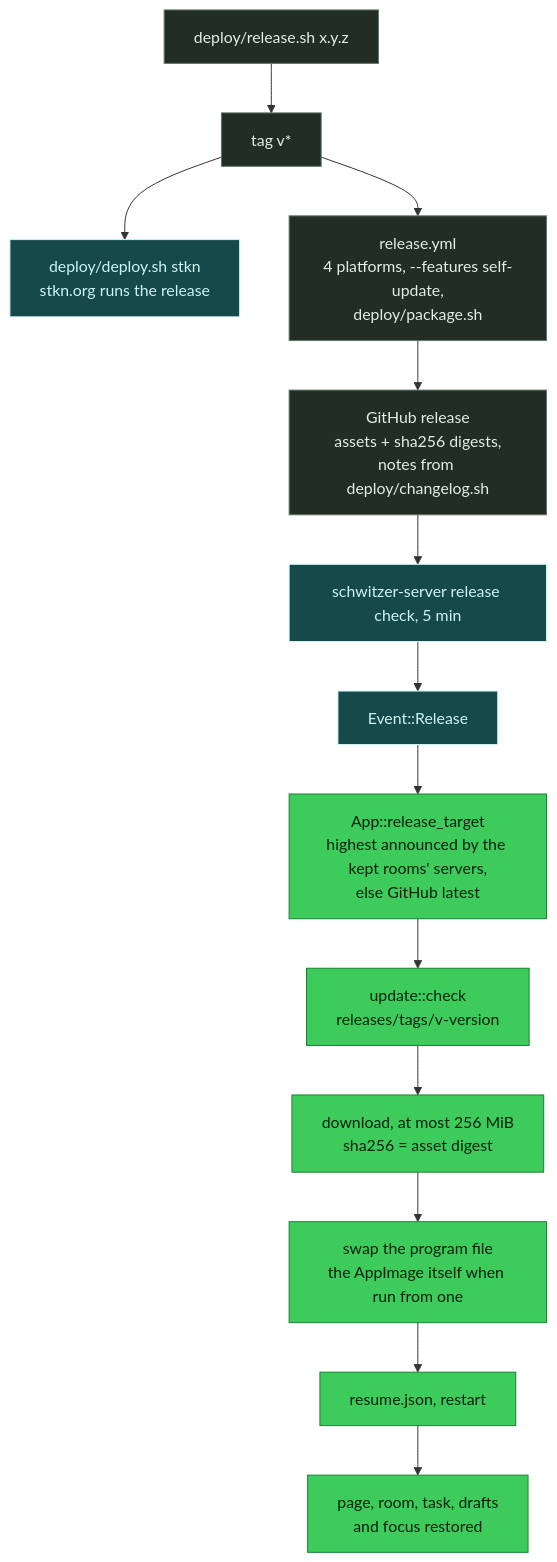
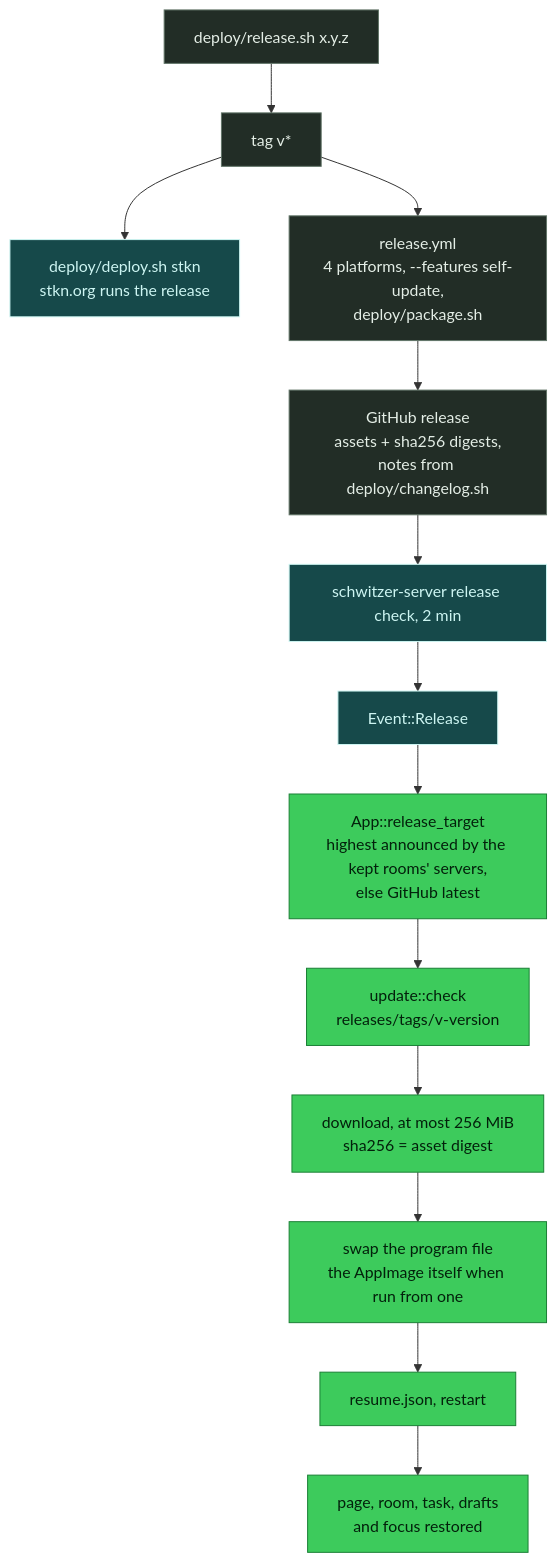
The eighth of 8 diagrams in docs/ARCHITECTURE.md (griasdi/schwitzer), drawn with Mermaid before and after one commit. The commit also changed other lines of this file and 5 other files, not shown here.

First line of the commit message:
Check GitHub for new releases every 2 minutes on the server

````diff
--- a/docs/ARCHITECTURE.md
+++ b/docs/ARCHITECTURE.md
@@ -493,18 +493,18 @@
 ```mermaid
 flowchart TB
   classDef app fill:#3dcb5c,stroke:#1a7f35,color:#03200b
   classDef server fill:#16494a,stroke:#cdf5f2,color:#cdf5f2
   classDef ext fill:#222d26,stroke:#627568,color:#e4eee6
   rel["deploy/release.sh x.y.z"]:::ext --> tag["tag v*"]:::ext
   tag --> stkn["deploy/deploy.sh stkn<br/>stkn.org runs the release"]:::server
   tag --> yml["release.yml<br/>4 platforms, --features self-update,<br/>deploy/package.sh"]:::ext
   yml --> gh["GitHub release<br/>assets + sha256 digests,<br/>notes from deploy/changelog.sh"]:::ext
-  gh --> check["schwitzer-server release check, 5 min"]:::server
+  gh --> check["schwitzer-server release check, 2 min"]:::server
   check --> ev["Event::Release"]:::server
   ev --> target["App::release_target<br/>highest announced by the kept rooms' servers,<br/>else GitHub latest"]:::app
   target --> upd["update::check<br/>releases/tags/v-version"]:::app
   upd --> dl["download, at most 256 MiB<br/>sha256 = asset digest"]:::app
   dl --> swap["swap the program file<br/>the AppImage itself when run from one"]:::app
   swap --> resume["resume.json, restart"]:::app
   resume --> back["page, room, task, drafts<br/>and focus restored"]:::app
 ```
````
